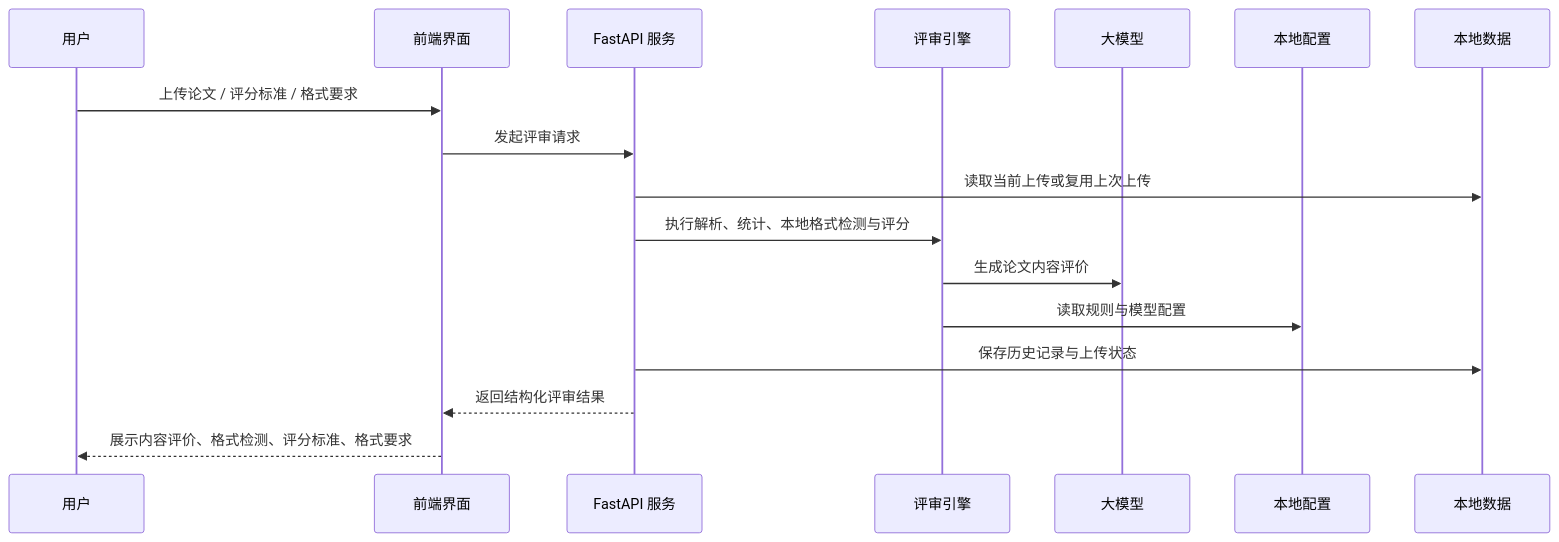
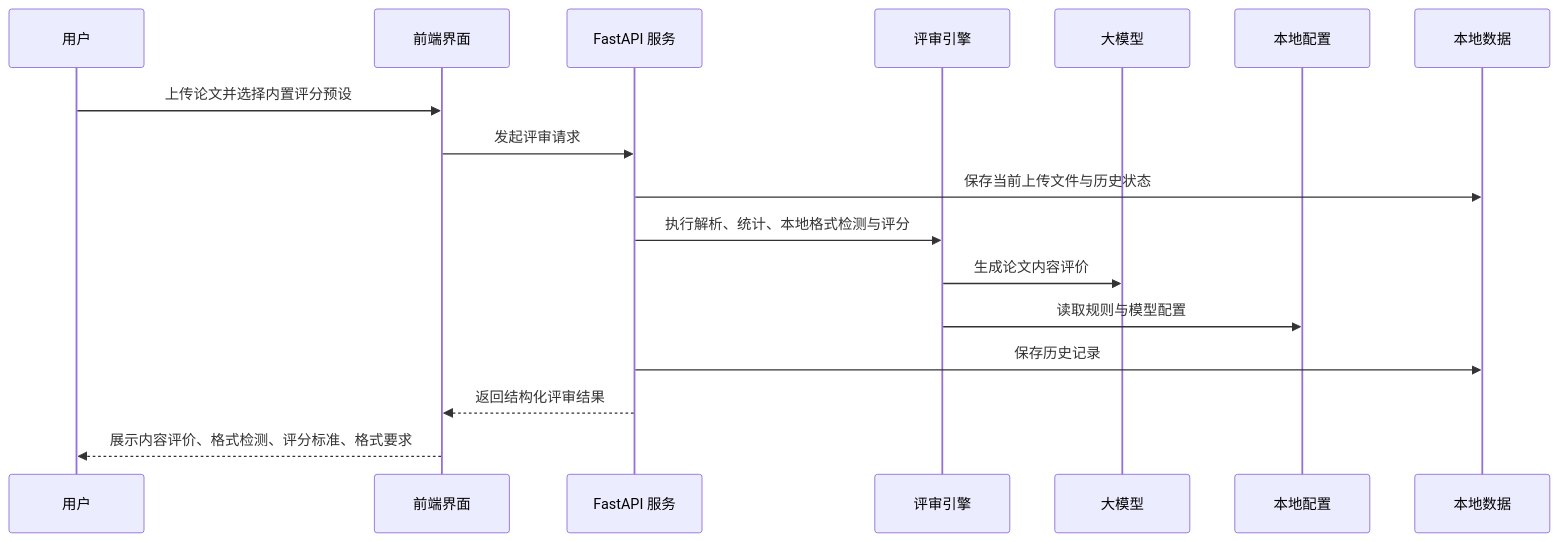
The second of 2 diagrams in README.md (HHSTU-IST/thesisev), drawn with Mermaid before and after one commit. The commit also changed other lines of this file and 4 other files, not shown here.

````diff
--- a/README.md
+++ b/README.md
@@ -240,20 +240,20 @@
 ```mermaid
 sequenceDiagram
     participant User as 用户
     participant UI as 前端界面
     participant API as FastAPI 服务
     participant Core as 评审引擎
     participant LLM as 大模型
     participant Config as 本地配置
     participant Data as 本地数据
 
-    User->>UI: 上传论文 / 评分标准 / 格式要求
+    User->>UI: 上传论文并选择内置评分预设
     UI->>API: 发起评审请求
-    API->>Data: 读取当前上传或复用上次上传
+    API->>Data: 保存当前上传文件与历史状态
     API->>Core: 执行解析、统计、本地格式检测与评分
     Core->>LLM: 生成论文内容评价
     Core->>Config: 读取规则与模型配置
-    API->>Data: 保存历史记录与上传状态
+    API->>Data: 保存历史记录
     API-->>UI: 返回结构化评审结果
     UI-->>User: 展示内容评价、格式检测、评分标准、格式要求
 ```
````
